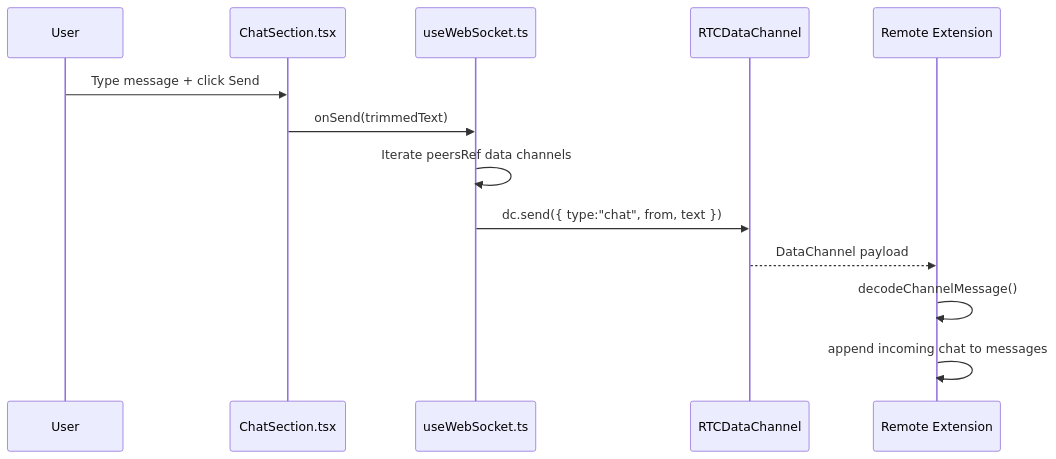
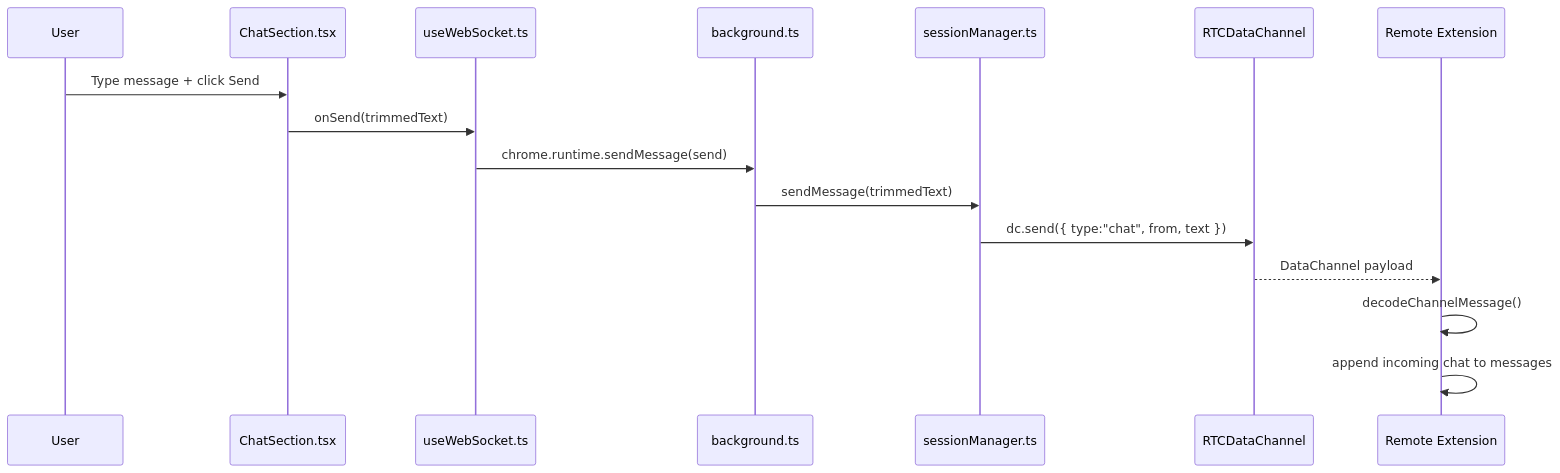
One commit to crccc/webrtc-chat changed the sixth of 8 diagrams in docs/architecture.md. Above: the diagram before and after it, drawn with Mermaid. The commit also changed other lines of this file and 28 other files, not shown here.

Commit message:
Implement background-owned extension session lifecycle

````diff
--- a/docs/architecture.md
+++ b/docs/architecture.md
@@ -198,16 +224,19 @@
 ```mermaid
 sequenceDiagram
   participant U as User
   participant Chat as ChatSection.tsx
   participant Hook as useWebSocket.ts
+  participant BG as background.ts
+  participant Session as sessionManager.ts
   participant DC as RTCDataChannel
   participant Peer as Remote Extension
 
   U->>Chat: Type message + click Send
   Chat->>Hook: onSend(trimmedText)
-  Hook->>Hook: Iterate peersRef data channels
-  Hook->>DC: dc.send({ type:"chat", from, text })
+  Hook->>BG: chrome.runtime.sendMessage(send)
+  BG->>Session: sendMessage(trimmedText)
+  Session->>DC: dc.send({ type:"chat", from, text })
   DC-->>Peer: DataChannel payload
   Peer->>Peer: decodeChannelMessage()
   Peer->>Peer: append incoming chat to messages
 ```
````
